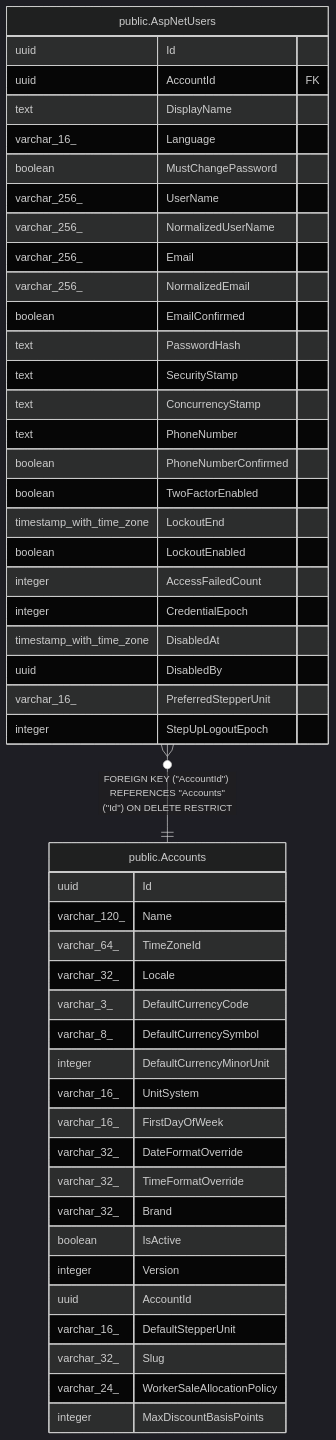
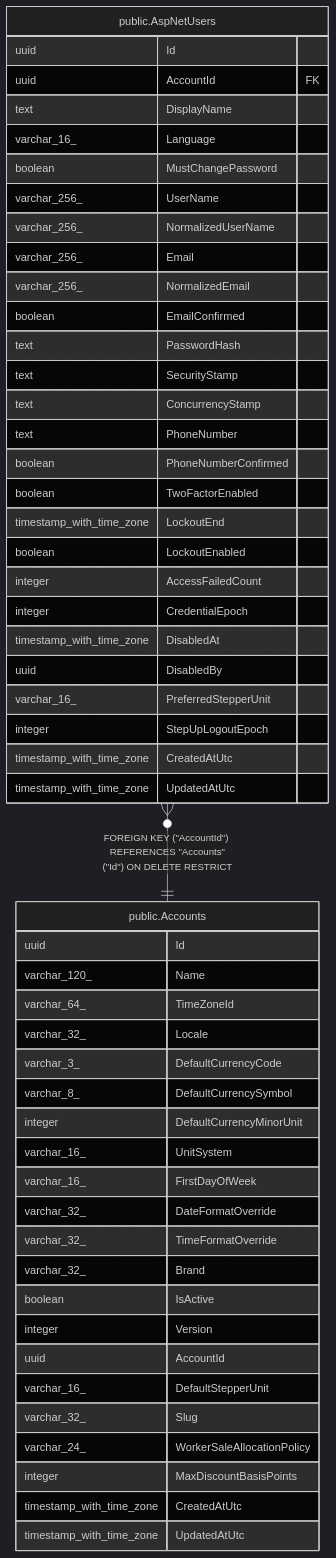
Before and after one commit to mforce/cluckwork: the diagram in docs/schema/public.Accounts.md, drawn with Mermaid (dark theme). The commit also changed other lines of this file and 105 other files, not shown here.

````diff
--- a/docs/schema/public.Accounts.md
+++ b/docs/schema/public.Accounts.md
@@ -63,53 +73,57 @@
 ```mermaid
 erDiagram
 
 "public.AspNetUsers" }o--|| "public.Accounts" : "FOREIGN KEY (#quot;AccountId#quot;) REFERENCES #quot;Accounts#quot;(#quot;Id#quot;) ON DELETE RESTRICT"
 
 "public.Accounts" {
   uuid Id
   varchar_120_ Name
   varchar_64_ TimeZoneId
   varchar_32_ Locale
   varchar_3_ DefaultCurrencyCode
   varchar_8_ DefaultCurrencySymbol
   integer DefaultCurrencyMinorUnit
   varchar_16_ UnitSystem
   varchar_16_ FirstDayOfWeek
   varchar_32_ DateFormatOverride
   varchar_32_ TimeFormatOverride
   varchar_32_ Brand
   boolean IsActive
   integer Version
   uuid AccountId
   varchar_16_ DefaultStepperUnit
   varchar_32_ Slug
   varchar_24_ WorkerSaleAllocationPolicy
   integer MaxDiscountBasisPoints
+  timestamp_with_time_zone CreatedAtUtc
+  timestamp_with_time_zone UpdatedAtUtc
 }
 "public.AspNetUsers" {
   uuid Id
   uuid AccountId FK
   text DisplayName
   varchar_16_ Language
   boolean MustChangePassword
   varchar_256_ UserName
   varchar_256_ NormalizedUserName
   varchar_256_ Email
   varchar_256_ NormalizedEmail
   boolean EmailConfirmed
   text PasswordHash
   text SecurityStamp
   text ConcurrencyStamp
   text PhoneNumber
   boolean PhoneNumberConfirmed
   boolean TwoFactorEnabled
   timestamp_with_time_zone LockoutEnd
   boolean LockoutEnabled
   integer AccessFailedCount
   integer CredentialEpoch
   timestamp_with_time_zone DisabledAt
   uuid DisabledBy
   varchar_16_ PreferredStepperUnit
   integer StepUpLogoutEpoch
+  timestamp_with_time_zone CreatedAtUtc
+  timestamp_with_time_zone UpdatedAtUtc
 }
 ```
````
